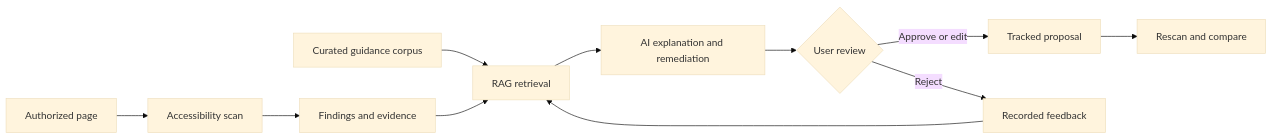
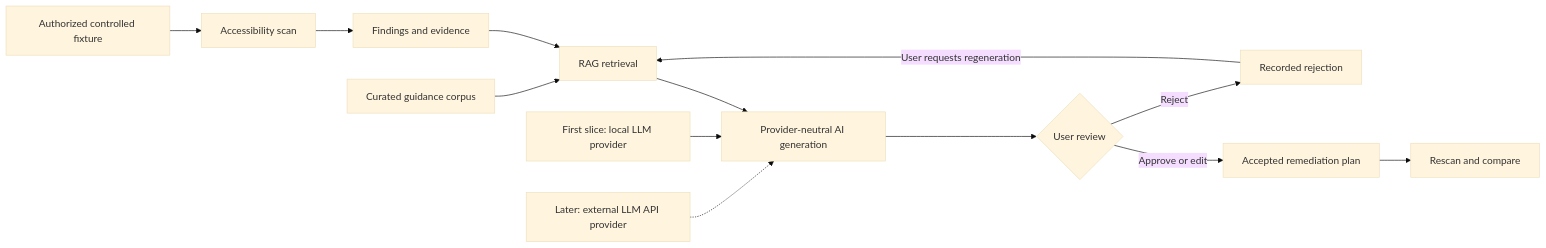
One commit to mmjosedaniel/a11y-evidence-lab changed the diagram in docs/PROJECT_CONCEPT.md. Above: the diagram before and after it, drawn with Mermaid (base theme). The commit also changed other lines of this file and 47 other files, not shown here.

Commit message:
docs: complete planning and architecture phase 1

````diff
--- a/docs/PROJECT_CONCEPT.md
+++ b/docs/PROJECT_CONCEPT.md
@@ -19,13 +19,15 @@
 ```mermaid
 flowchart LR
-    A[Authorized page] --> B[Accessibility scan]
+    A[Authorized controlled fixture] --> B[Accessibility scan]
     B --> C[Findings and evidence]
     D[Curated guidance corpus] --> E[RAG retrieval]
     C --> E
-    E --> F[AI explanation and remediation]
+    E --> F[Provider-neutral AI generation]
+    K[First slice: local LLM provider] --> F
+    L[Later: external LLM API provider] -.-> F
     F --> G{User review}
-    G -->|Approve or edit| H[Tracked proposal]
-    G -->|Reject| I[Recorded feedback]
-    I --> E
+    G -->|Approve or edit| H[Accepted remediation plan]
+    G -->|Reject| I[Recorded rejection]
+    I -->|User requests regeneration| E
     H --> J[Rescan and compare]
 ```
````
